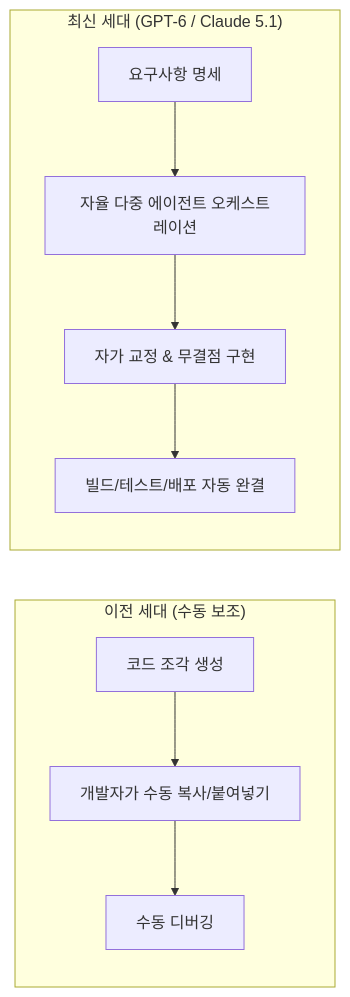
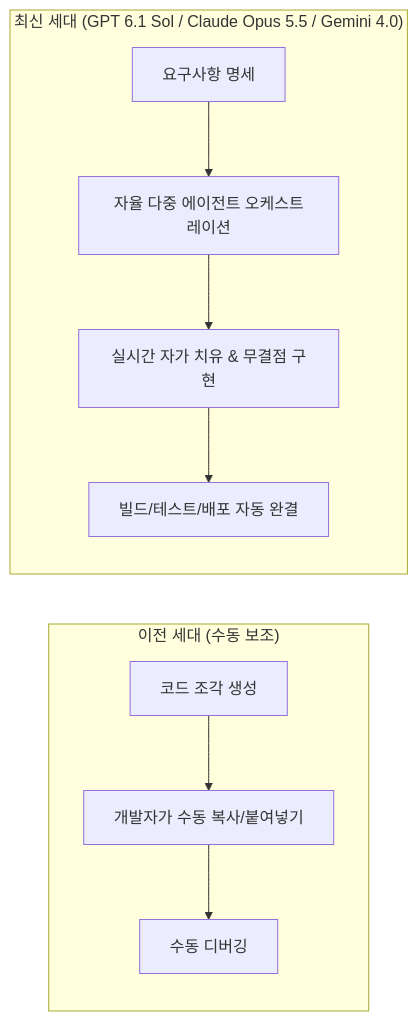
The diagram in docs/llm/index.md (poohaman1/dev-knowledge-db), drawn with Mermaid before and after one commit. The commit also changed other lines of this file and 45 other files, not shown here.

````diff
--- a/docs/llm/index.md
+++ b/docs/llm/index.md
@@ -17,12 +43,12 @@
 ```mermaid
 graph LR
   subgraph Traditional["이전 세대 (수동 보조)"]
     A[코드 조각 생성] --> B[개발자가 수동 복사/붙여넣기] --> C[수동 디버깅]
   end
 
-  subgraph NextGen["최신 세대 (GPT-6 / Claude 5.1)"]
+  subgraph NextGen["최신 세대 (GPT 6.1 Sol / Claude Opus 5.5 / Gemini 4.0)"]
     D[요구사항 명세] --> E["자율 다중 에이전트 오케스트레이션"]
-    E --> F["자가 교정 & 무결점 구현"]
+    E --> F["실시간 자가 치유 & 무결점 구현"]
     F --> G["빌드/테스트/배포 자동 완결"]
   end
 ```
````
